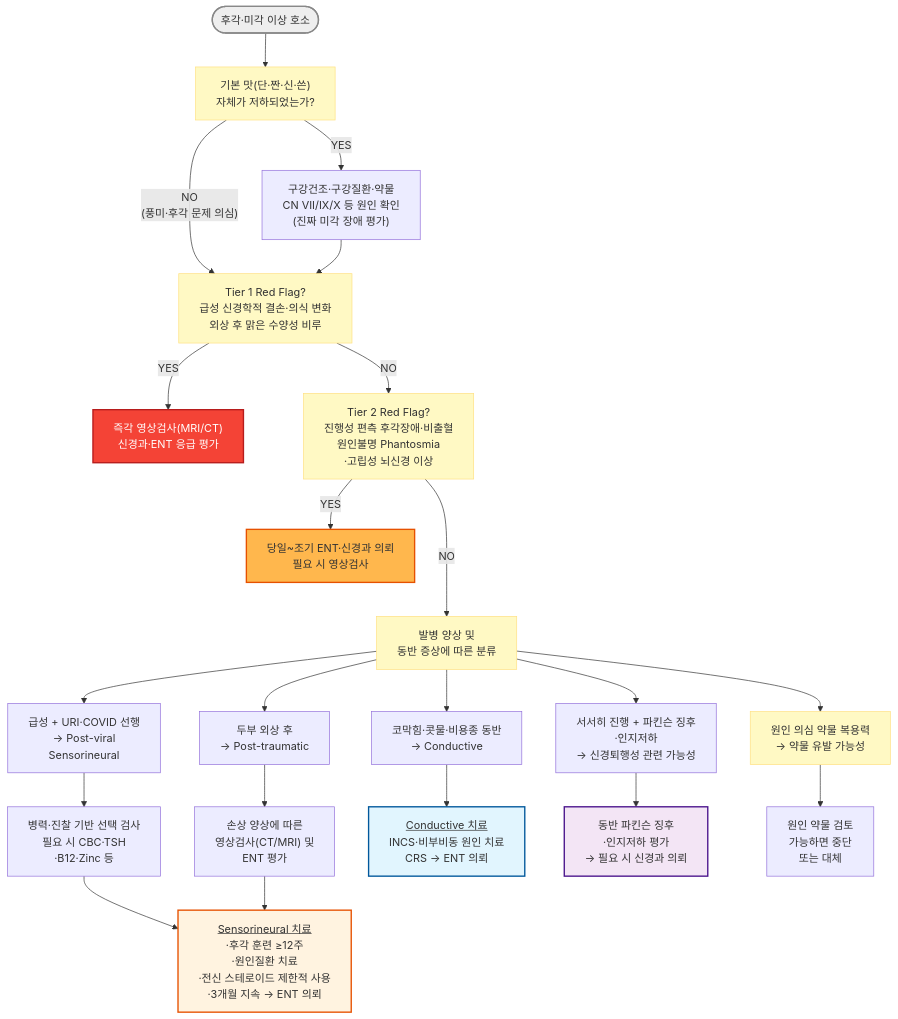
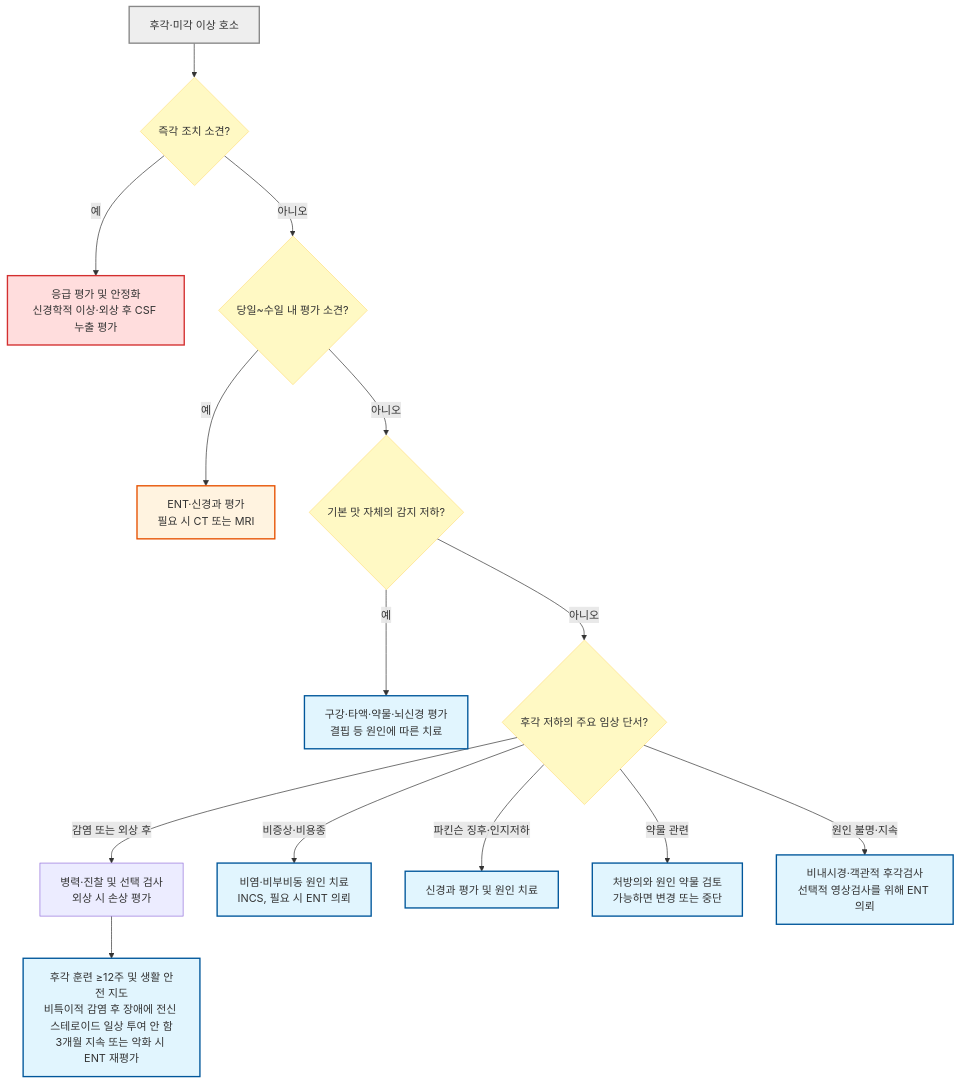
One commit to familyoh77/familyoh77 changed the diagram in 220_/005_-smell-taste-disorders.md. Above: the diagram before and after it, drawn with Mermaid. The commit also changed other lines of this file and 13 other files, not shown here.

````diff
--- a/220_/005_-smell-taste-disorders.md
+++ b/220_/005_-smell-taste-disorders.md
@@ -174,31 +174,23 @@
 ```mermaid
-graph TD
-    A([후각·미각 이상 호소]) --> B["기본 맛(단·짠·신·쓴)<br/>자체가 저하되었는가?"]
-    B -->|"YES"| C["구강건조·구강질환·약물<br/>CN VII/IX/X 등 원인 확인<br/>(진짜 미각 장애 평가)"]
-    B -->|"NO<br/>(풍미·후각 문제 의심)"| D["Tier 1 Red Flag?<br/>급성 신경학적 결손·의식 변화<br/>외상 후 맑은 수양성 비루"]
-    C --> D
-    D -->|"YES"| E1["즉각 영상검사(MRI/CT)<br/>신경과·ENT 응급 평가"]
-    D -->|"NO"| D2["Tier 2 Red Flag?<br/>진행성 편측 후각장애·비출혈<br/>원인불명 Phantosmia<br/>·고립성 뇌신경 이상"]
-    D2 -->|"YES"| E2["당일~조기 ENT·신경과 의뢰<br/>필요 시 영상검사"]
-    D2 --->|"NO"| F["발병 양상 및 <br/>동반 증상에 따른 분류"]
-    F --> G["급성 + URI·COVID 선행<br/>→ Post-viral <br/>Sensorineural"]
-    F --> H["두부 외상 후<br/>→ Post-traumatic"]
-    F --> I["코막힘·콧물·비용종 동반<br/>→ Conductive"]
-    F --> J["서서히 진행 + 파킨슨 징후<br/>·인지저하<br/>→ 신경퇴행성 관련 가능성"]
-    F --> P["원인 의심 약물 복용력<br/>→ 약물 유발 가능성"]
-    G --> K["병력·진찰 기반 선택 검사<br/>필요 시 CBC·TSH<br/>·B12·Zinc 등"]
-    H --> H2["손상 양상에 따른<br/>영상검사(CT/MRI) 및 <br/>ENT 평가"]
-    I --> L["<u>Conductive 치료</u><br/>INCS·비부비동 원인 치료<br/>CRS → ENT 의뢰"]
-    J --> M["동반 파킨슨 징후<br/>·인지저하 평가<br/>→ 필요 시 신경과 의뢰"]
-    P --> P2["원인 약물 검토<br/>가능하면 중단<br/> 또는 대체"]
-    K --> N["<u>Sensorineural 치료</u><br/>·후각 훈련 ≥12주<br/>·원인질환 치료<br/>·전신 스테로이드 제한적 사용<br/>·3개월 지속 → ENT 의뢰"]
-    H2 --> N
-classDef yellow fill:#fff9c4,stroke:#ffe082
-class B,D,D2,F,P yellow
-    style E1 fill:#f44336,stroke:#b71c1c,color:#fff,stroke-width:2px
-    style E2 fill:#ffb74d,stroke:#e65100,stroke-width:2px
-    style L fill:#e1f5fe,stroke:#01579b,stroke-width:2px
-    style N fill:#fff3e0,stroke:#e65100,stroke-width:2px
-    style M fill:#f3e5f5,stroke:#4a148c,stroke-width:2px
+flowchart TD
+    A["후각·미각 이상 호소"] --> D{"즉각 조치 소견?"}
+    D -- "예" --> E1["응급 평가 및 안정화<br>신경학적 이상·외상 후 CSF 누출 평가"]
+    D -- "아니오" --> D2{"당일~수일 내 평가 소견?"}
+    D2 -- "예" --> E2["ENT·신경과 평가<br>필요 시 CT 또는 MRI"]
+    D2 -- "아니오" --> B{"기본 맛 자체의 감지 저하?"}
+    B -- "예" --> C["구강·타액·약물·뇌신경 평가<br>결핍 등 원인에 따른 치료"]
+    B -- "아니오" --> F{"후각 저하의 주요 임상 단서?"}
+    F -- "감염 또는 외상 후" --> K["병력·진찰 및 선택 검사<br>외상 시 손상 평가"]
+    F -- "비증상·비용종" --> L["비염·비부비동 원인 치료<br>INCS, 필요 시 ENT 의뢰"]
+    F -- "파킨슨 징후·인지저하" --> M["신경과 평가 및 원인 치료"]
+    F -- "약물 관련" --> P["처방의와 원인 약물 검토<br>가능하면 변경 또는 중단"]
+    F -- "원인 불명·지속" --> Q["비내시경·객관적 후각검사<br>선택적 영상검사를 위해 ENT 의뢰"]
+    K --> N["후각 훈련 ≥12주 및 생활 안전 지도<br>비특이적 감염 후 장애에 전신 스테로이드 일상 투여 안 함<br>3개월 지속 또는 악화 시 ENT 재평가"]
+    classDef question fill:#fff9c4,stroke:#ffe082
+    classDef treatment fill:#e1f5fe,stroke:#01579b,stroke-width:2px
+    class D,D2,B,F question
+    class C,L,M,P,N,Q treatment
+    style E1 fill:#ffdddd,stroke:#d32f2f,stroke-width:2px
+    style E2 fill:#fff3e0,stroke:#e65100,stroke-width:2px
     style A fill:#eeeeee,stroke:#888888,stroke-width:2px
 ```
````
